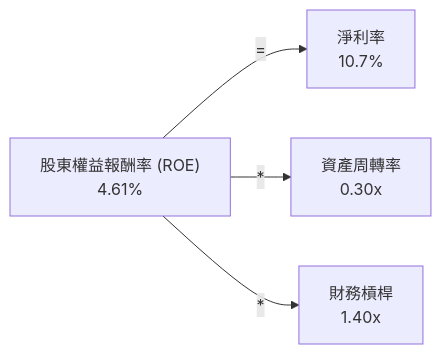
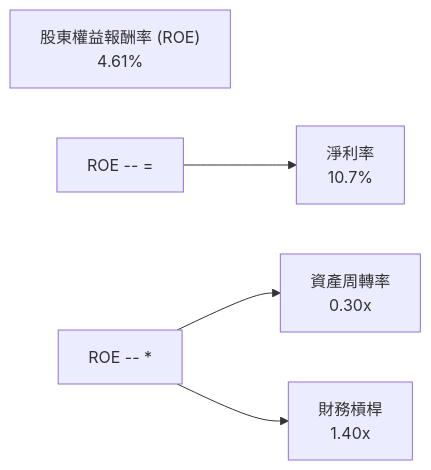
One commit to yennanliu/finance_data changed the ninth of 15 diagrams in ai_gen_report/stock/grab/fundamental_analysis_2026-07-03_gemini.md. Above: the diagram before and after it, drawn with Mermaid. The commit also changed other lines of this file and 2258 other files, not shown here.

First line of the commit message:
chore: backfill Mermaid syntax repair across existing reports

````diff
--- a/ai_gen_report/stock/grab/fundamental_analysis_2026-07-03_gemini.md
+++ b/ai_gen_report/stock/grab/fundamental_analysis_2026-07-03_gemini.md
@@ -698,12 +698,12 @@
 ```mermaid
 graph LR
     ROE["股東權益報酬率 (ROE)<br/>4.61%"]
 
     NET_PROFIT_MARGIN["淨利率<br/>10.7%"]
     ASSET_TURNOVER["資產周轉率<br/>0.30x"]
     FINANCIAL_LEVERAGE["財務槓桿<br/>1.40x"]
 
-    ROE -- = --> NET_PROFIT_MARGIN
-    ROE -- * --> ASSET_TURNOVER
-    ROE -- * --> FINANCIAL_LEVERAGE
+    nb1["ROE -- ="] --> NET_PROFIT_MARGIN
+    nb2["ROE -- *"] --> ASSET_TURNOVER
+    nb2["ROE -- *"] --> FINANCIAL_LEVERAGE
 ```
````
